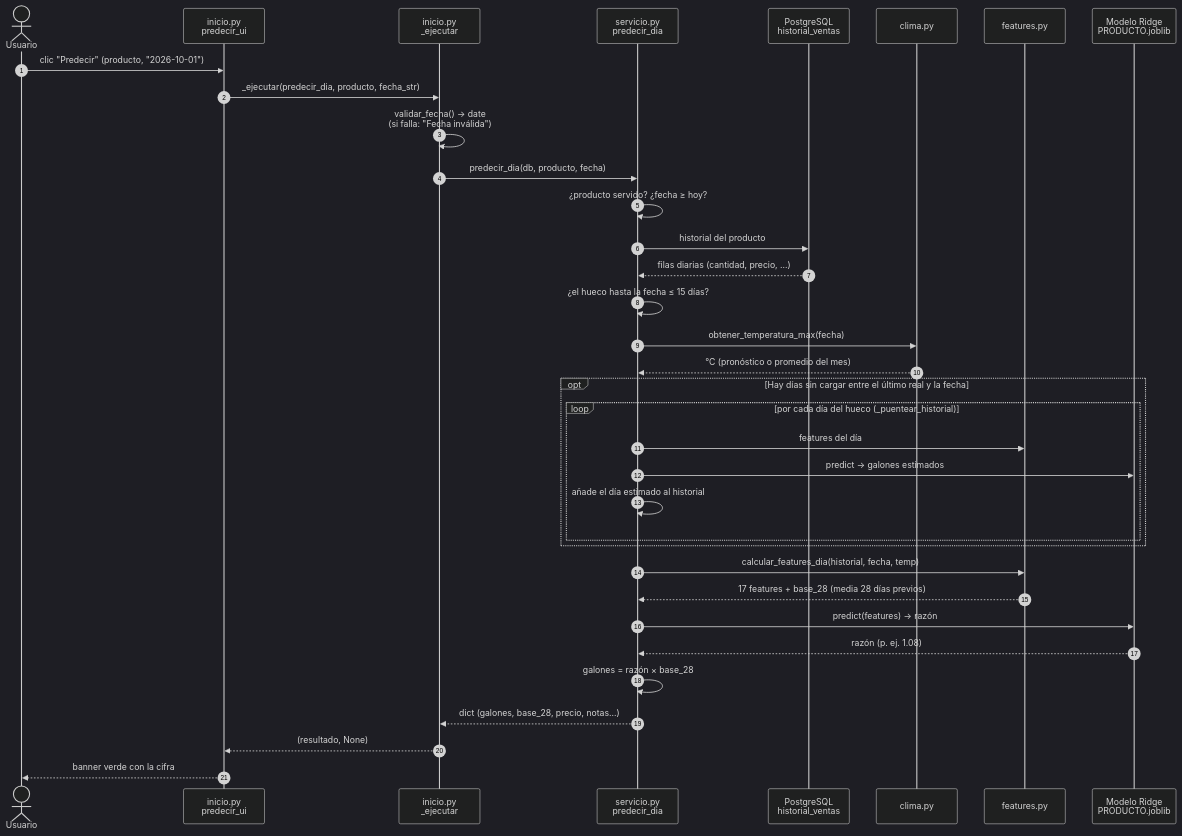
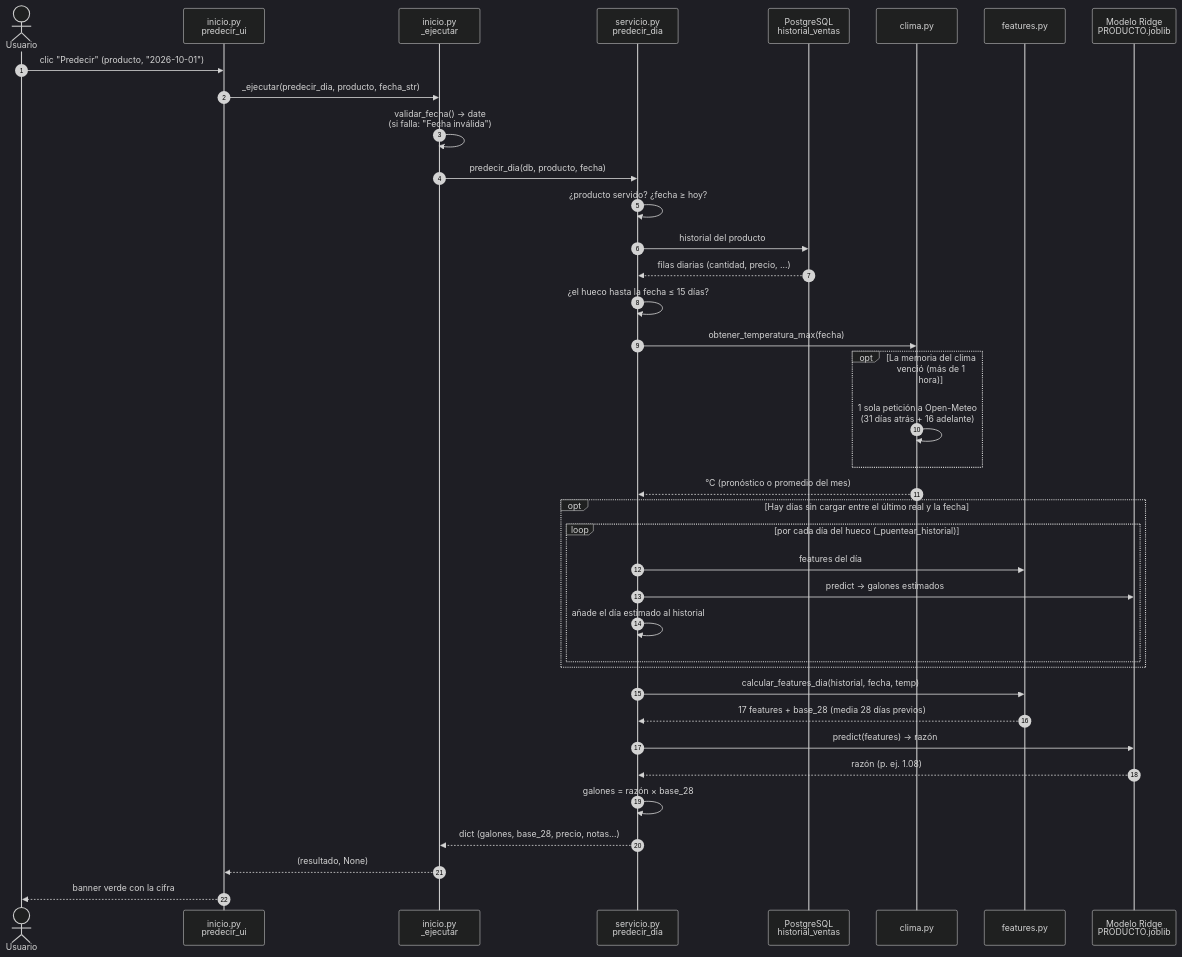
Before and after one commit to alhexmbs/tesis-backend: the second of 7 diagrams in docs/arquitectura.md, drawn with Mermaid (dark theme). The commit also changed other lines of this file and 5 other files, not shown here.

````diff
--- a/docs/arquitectura.md
+++ b/docs/arquitectura.md
@@ -98,40 +101,43 @@
 ```mermaid
 sequenceDiagram
     autonumber
     actor U as Usuario
     participant UI as inicio.py<br/>predecir_ui
     participant EJ as inicio.py<br/>_ejecutar
     participant S as servicio.py<br/>predecir_dia
     participant DB as PostgreSQL<br/>historial_ventas
     participant C as clima.py
     participant F as features.py
     participant M as Modelo Ridge<br/>PRODUCTO.joblib
 
     U->>UI: clic "Predecir" (producto, "2026-10-01")
     UI->>EJ: _ejecutar(predecir_dia, producto, fecha_str)
     EJ->>EJ: validar_fecha() → date<br/>(si falla: "Fecha inválida")
     EJ->>S: predecir_dia(db, producto, fecha)
     S->>S: ¿producto servido? ¿fecha ≥ hoy?
     S->>DB: historial del producto
     DB-->>S: filas diarias (cantidad, precio, …)
     S->>S: ¿el hueco hasta la fecha ≤ 15 días?
     S->>C: obtener_temperatura_max(fecha)
+    opt La memoria del clima venció (más de 1 hora)
+        C->>C: 1 sola petición a Open-Meteo<br/>(31 días atrás + 16 adelante)
+    end
     C-->>S: °C (pronóstico o promedio del mes)
 
     opt Hay días sin cargar entre el último real y la fecha
         loop por cada día del hueco (_puentear_historial)
             S->>F: features del día
             S->>M: predict → galones estimados
             S->>S: añade el día estimado al historial
         end
     end
 
     S->>F: calcular_features_dia(historial, fecha, temp)
     F-->>S: 17 features + base_28 (media 28 días previos)
     S->>M: predict(features) → razón
     M-->>S: razón (p. ej. 1.08)
     S->>S: galones = razón × base_28
     S-->>EJ: dict (galones, base_28, precio, notas…)
     EJ-->>UI: (resultado, None)
     UI-->>U: banner verde con la cifra
 ```
````
